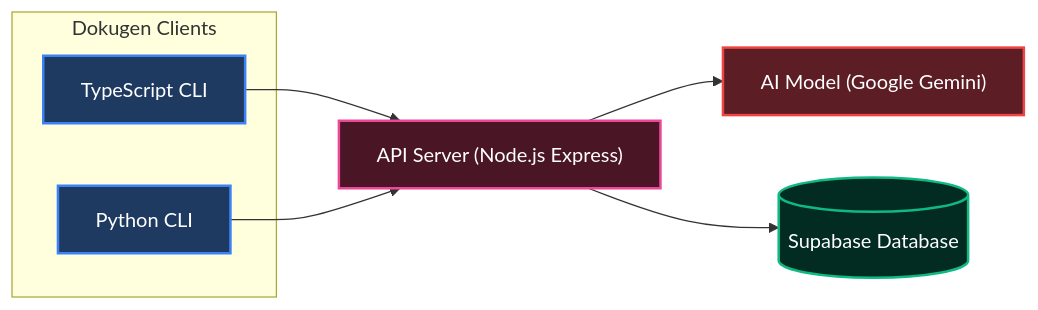
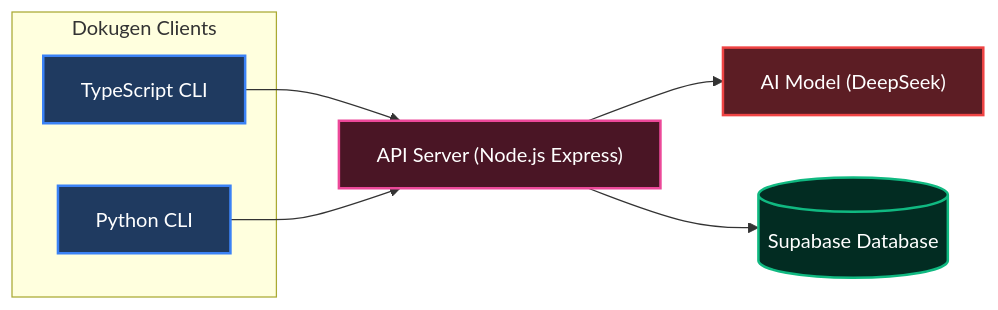
The fourth of 4 diagrams in README.md (samueltuoyo15/Dokugen), drawn with Mermaid before and after one commit. The commit also changed other lines of this file and 7 other files, not shown here.

Commit message:
refactor(ai): migrate AI integration from Gemini to DeepSeek

````diff
--- a/README.md
+++ b/README.md
@@ -238,22 +239,22 @@
 ```mermaid
 flowchart LR
   subgraph Clients["Dokugen Clients"]
     TSCLI["TypeScript CLI"]
     PythonCLI["Python CLI"]
   end
 
   API["API Server (Node.js Express)"]
-  AI["AI Model (Google Gemini)"]
+  AI["AI Model (DeepSeek)"]
   DB[("Supabase Database")]
 
   TSCLI --> API
   PythonCLI --> API
   API --> AI
   API --> DB
 
   style TSCLI fill:#1f3a60,stroke:#3b82f6,stroke-width:2px,color:#fff
   style PythonCLI fill:#1f3a60,stroke:#3b82f6,stroke-width:2px,color:#fff
   style API fill:#4a1525,stroke:#ec4899,stroke-width:2px,color:#fff
   style AI fill:#5c1d24,stroke:#ef4444,stroke-width:2px,color:#fff
   style DB fill:#022c22,stroke:#10b981,stroke-width:2px,color:#fff
 ```
````
